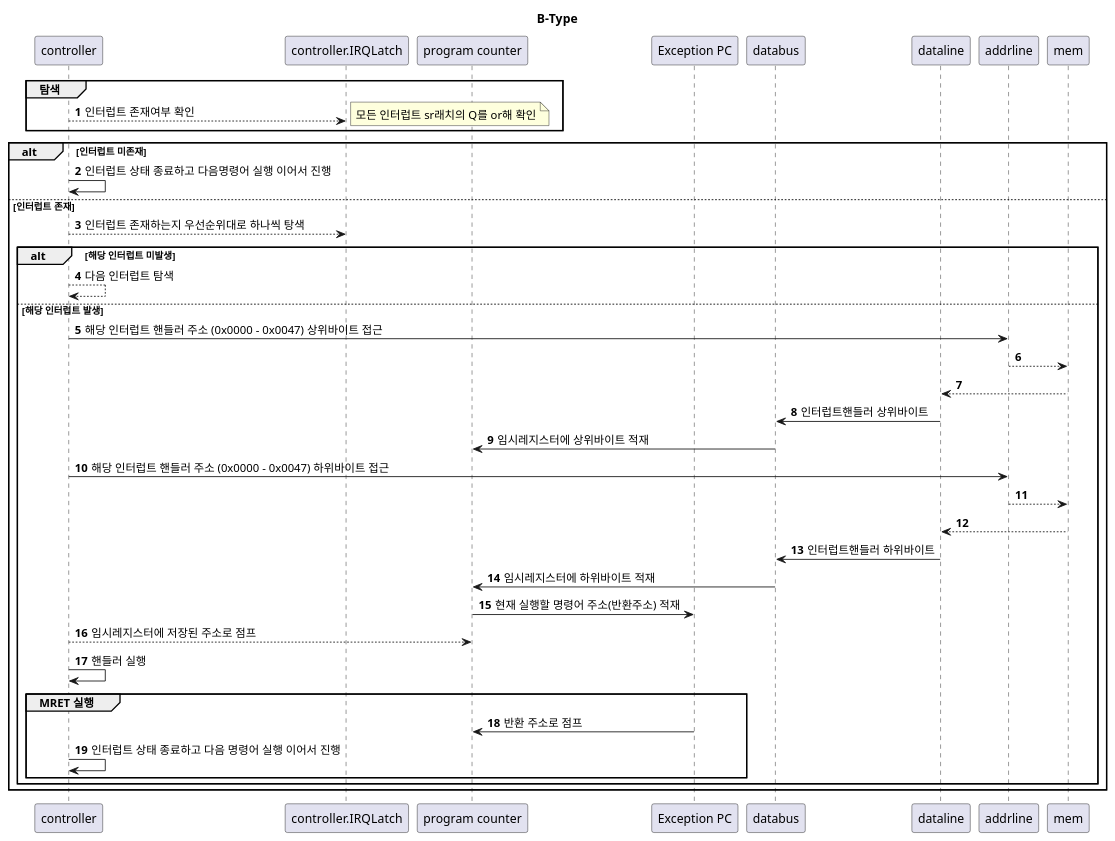
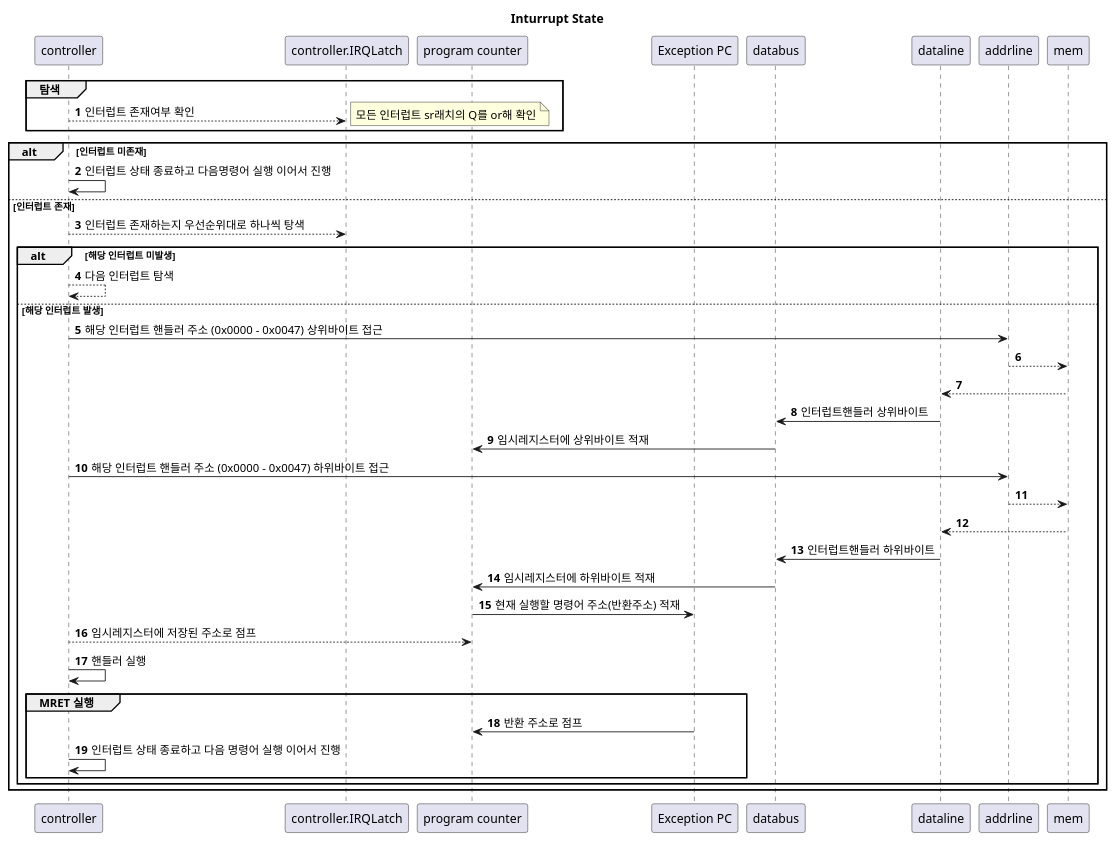
One commit to BeomjunKim-3p/wach changed the diagram in wa824/docs/core/I/WA824IInterruptState.puml. Above: the diagram before and after it, drawn with PlantUML. The commit also changed 3 other files, not shown here.

Commit message:
Docs: fix control flow file

```diff
--- a/wa824/docs/core/I/WA824IInterruptState.puml
+++ b/wa824/docs/core/I/WA824IInterruptState.puml
@@ -1,45 +1,45 @@
 @startuml
-title B-Type
+title Inturrupt State
 autonumber
 participant controller             as ct
 participant "controller.IRQLatch"  as ir
 participant "program counter"      as pc
 participant "Exception PC"         as epc
 participant databus                as db
 participant dataline               as dl
 participant addrline               as ad
 participant mem                    as me
 
 group 탐색
   ct --> ir : 인터럽트 존재여부 확인
   note right: 모든 인터럽트 sr래치의 Q를 or해 확인
 end
 
 alt 인터럽트 미존재
   ct -> ct : 인터럽트 상태 종료하고 다음명령어 실행 이어서 진행
 else 인터럽트 존재
   ct --> ir : 인터럽트 존재하는지 우선순위대로 하나씩 탕색
   alt 해당 인터럽트 미발생
     ct --> ct: 다음 인터럽트 탐색
   else 해당 인터럽트 발생
     ct -> ad : 해당 인터럽트 핸들러 주소 (0x0000 - 0x0047) 상위바이트 접근
     ad --> me
     me --> dl
     dl -> db : 인터럽트핸들러 상위바이트
     db -> pc : 임시레지스터에 상위바이트 적재
     ct -> ad : 해당 인터럽트 핸들러 주소 (0x0000 - 0x0047) 하위바이트 접근
     ad --> me
     me --> dl
     dl -> db : 인터럽트핸들러 하위바이트
     db -> pc : 임시레지스터에 하위바이트 적재
     pc -> epc : 현재 실행할 명령어 주소(반환주소) 적재
     ct --> pc : 임시레지스터에 저장된 주소로 점프
     ct -> ct : 핸들러 실행
     group MRET 실행
       epc -> pc : 반환 주소로 점프
       ct -> ct : 인터럽트 상태 종료하고 다음 명령어 실행 이어서 진행
     end
   end
 end
 
 @enduml
```
